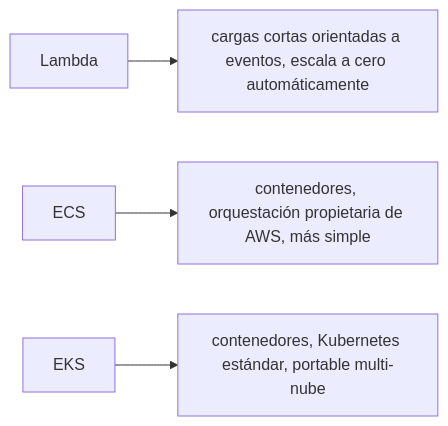
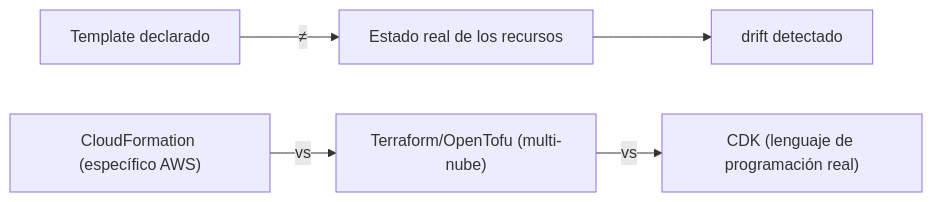
The diagram in web/public/content/cloud/modulo-14.md (NICORUIZ93/The_Imperial_Book), drawn with Mermaid before and after one commit. The commit also changed other lines of this file and 305 other files, not shown here.

````diff
--- a/web/public/content/cloud/modulo-14.md
+++ b/web/public/content/cloud/modulo-14.md
@@ -98,6 +124,5 @@
 ```mermaid
 flowchart LR
-    A["Lambda"] --> A1["cargas cortas orientadas a eventos, escala a cero automáticamente"]
-    B["ECS"] --> B1["contenedores, orquestación propietaria de AWS, más simple"]
-    C["EKS"] --> C1["contenedores, Kubernetes estándar, portable multi-nube"]
+    T["Template declarado"] -->|≠| R["Estado real de los recursos"] --> D["drift detectado"]
+    CF["CloudFormation (específico AWS)"] -->|vs| TF["Terraform/OpenTofu (multi-nube)"] -->|vs| CDK["CDK (lenguaje de programación real)"]
 ```
````
